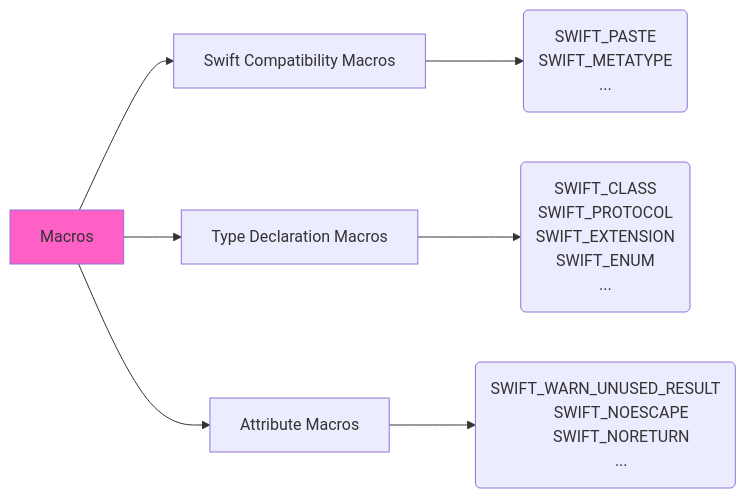
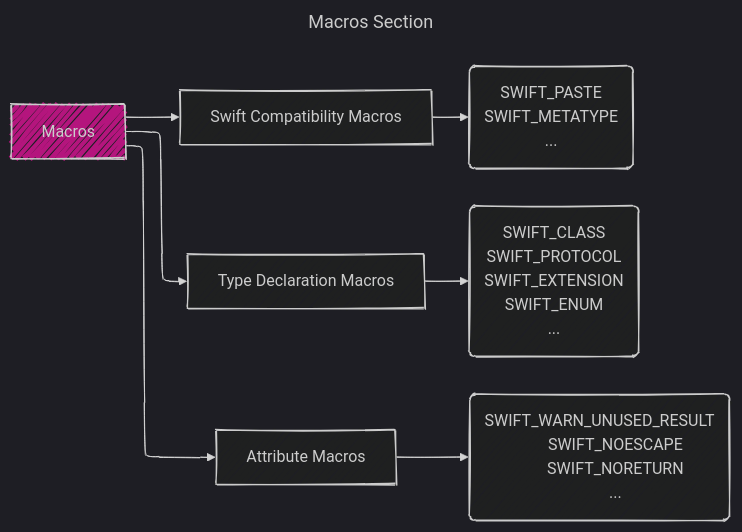
The fifth of 7 diagrams in Reversing_Engineer_through_Interfaces/Swift-generated_header_file_in_Mermaid.md (CongLeSolutionX/iOS-development-vault), drawn with Mermaid before and after one commit. The commit also changed other lines of this file and 8 other files, not shown here.

````diff
--- a/Reversing_Engineer_through_Interfaces/Swift-generated_header_file_in_Mermaid.md
+++ b/Reversing_Engineer_through_Interfaces/Swift-generated_header_file_in_Mermaid.md
@@ -113,38 +141,45 @@
 ```mermaid
+---
+title: Macros Section
+config:
+  layout: elk
+  look: handDrawn
+  theme: dark
+---
 graph LR
     A[Macros] --> B[Swift Compatibility Macros];
     A --> C[Type Declaration Macros];
     A --> D[Attribute Macros];
        
     B --> B1;
 	C --> C1;
     D --> D1;
     
     B1("
         SWIFT_PASTE
         SWIFT_METATYPE
         ...
         "
     )
 
     C1("
         SWIFT_CLASS
         SWIFT_PROTOCOL
         SWIFT_EXTENSION
         SWIFT_ENUM
         ...
         "
     )
 
     D1("
         SWIFT_WARN_UNUSED_RESULT
         SWIFT_NOESCAPE
         SWIFT_NORETURN
         ...
         "
     )
 
 style A fill:#f1aa;
 
 
 ```
````
